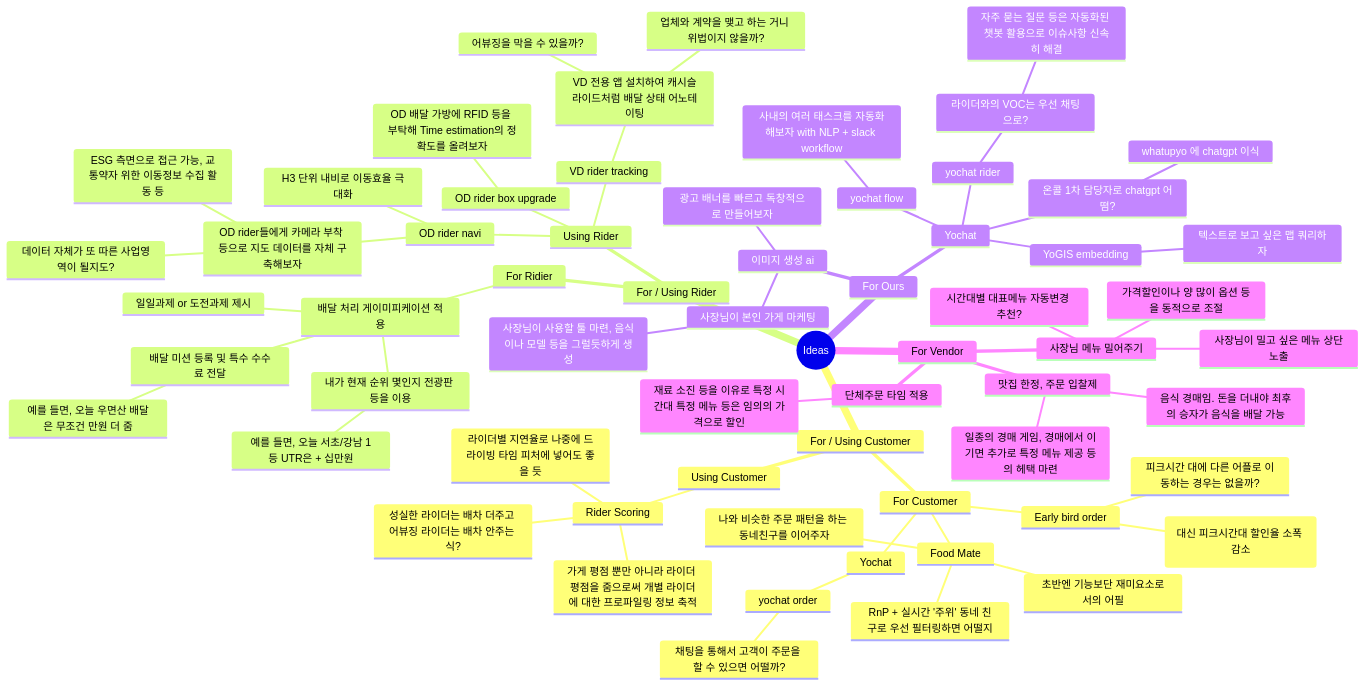
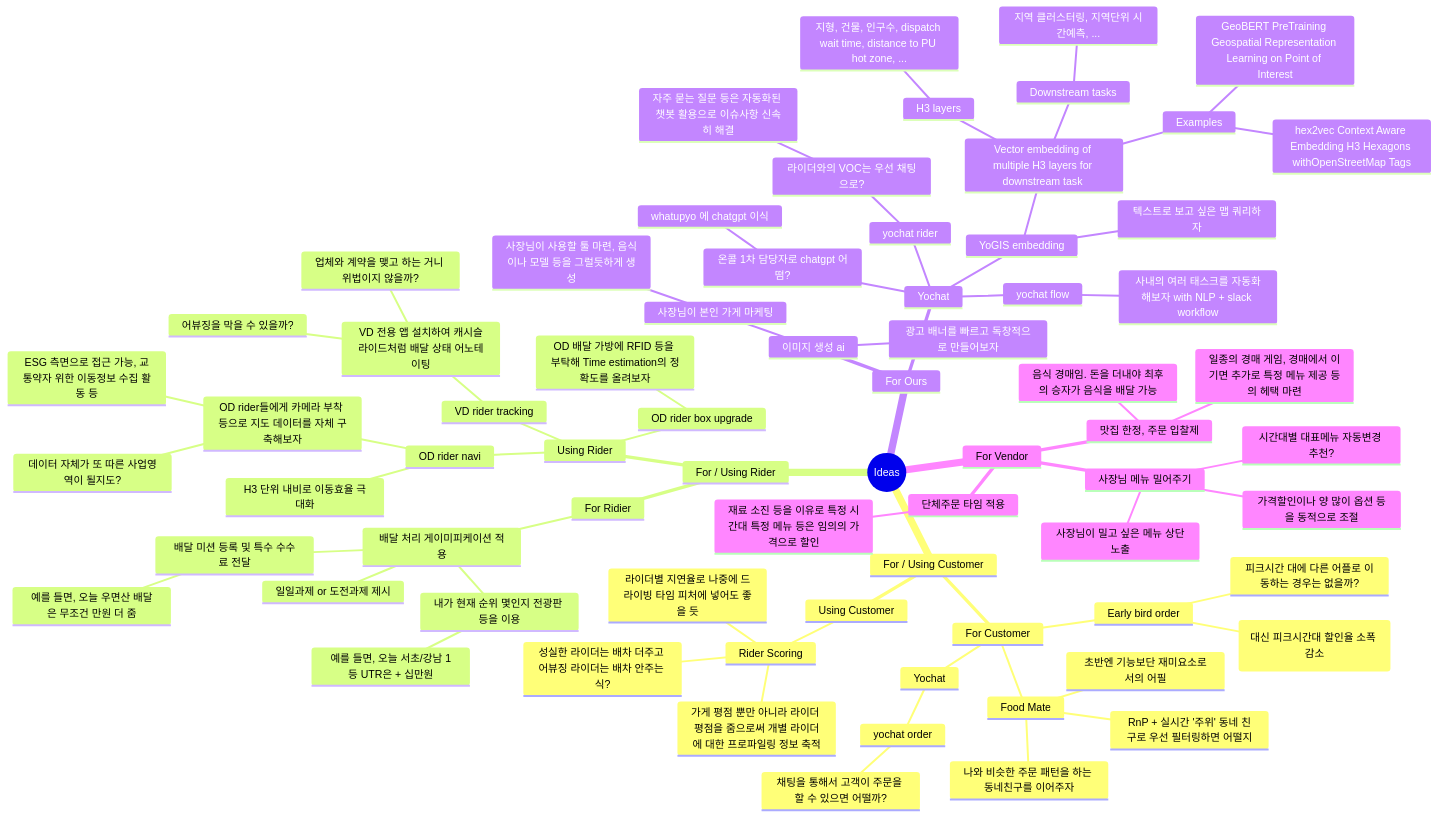
Before and after one commit to cheehoon-lee/2023-wesang-challenge: the diagram in README.md, drawn with Mermaid.

Commit message:
Update README.md
Add a specific description for YoGIS embedding

````diff
--- a/README.md
+++ b/README.md
@@ -3,78 +3,86 @@
 ```mermaid
 mindmap
   root((Ideas))
     For / Using Customer
       For Customer
         Early bird order
           식사 시간대 초입과 끝즘에 할인율을 더 높여 수요 분산 (대신 피크시간대 할인율 소폭 감소)
           피크시간 대에 다른 어플로 이동하는 경우는 없을까?
         Food Mate
           나와 비슷한 주문 패턴을 하는 동네친구를 이어주자
           초반엔 기능보단 재미요소로서의 어필
           RnP + 실시간 '주위' 동네 친구로 우선 필터링하면 어떨지
         Yochat
           yochat order
             채팅을 통해서 고객이 주문을 할 수 있으면 어떨까?
       Using Customer
         Rider Scoring
           가게 평점 뿐만 아니라 라이더 평점을 줌으로써 개별 라이더에 대한 프로파일링 정보 축적
           성실한 라이더는 배차 더주고 어뷰징 라이더는 배차 안주는 식?
           라이더별 지연율로 나중에 드라이빙 타임 피처에 넣어도 좋을 듯
       
         
     For / Using Rider
       For Ridier
         배달 처리 게이미피케이션 적용
           일일과제 or 도전과제 제시
           내가 현재 순위 몇인지 전광판 등을 이용
             예를 들면, 오늘 서초/강남 1등 UTR은 + 십만원
           배달 미션 등록 및 특수 수수료 전달
             예를 들면, 오늘 우면산 배달은 무조건 만원 더 줌
       Using Rider
         OD rider navi
           H3 단위 내비로 이동효율 극대화
           OD rider들에게 카메라 부착 등으로 지도 데이터를 자체 구축해보자
             데이터 자체가 또 따른 사업영역이 될지도?
             ESG 측면으로 접근 가능, 교통약자 위한 이동정보 수집 활동 등
         OD rider box upgrade
           OD 배달 가방에 RFID 등을 부탁해 Time estimation의 정확도를 올려보자
         VD rider tracking
           VD 전용 앱 설치하여 캐시슬라이드처럼 배달 상태 어노테이팅
             어뷰징을 막을 수 있을까?
             업체와 계약을 맺고 하는 거니 위법이지 않을까?
 
     For Ours
       이미지 생성 ai
         광고 배너를 빠르고 독창적으로 만들어보자
         사장님이 본인 가게 마케팅
           사장님이 사용할 툴 마련, 음식이나 모델 등을 그럴듯하게 생성
       Yochat
         온콜 1차 담당자로 chatgpt 어떰?
           whatupyo 에 chatgpt 이식
         yochat flow
           사내의 여러 태스크를 자동화해보자 with NLP + slack workflow
         yochat rider
           라이더와의 VOC는 우선 채팅으로?
             자주 묻는 질문 등은 자동화된 챗봇 활용으로 이슈사항 신속히 해결
         YoGIS embedding
           텍스트로 보고 싶은 맵 쿼리하자
+          Vector embedding of multiple H3 layers for downstream task 
+            H3 layers
+                지형, 건물, 인구수, dispatch wait time, distance to PU hot zone, ...
+            Downstream tasks 
+                지역 클러스터링, 지역단위 시간예측, ...
+            Examples
+                GeoBERT PreTraining Geospatial Representation Learning on Point of Interest
+                hex2vec Context Aware Embedding H3 Hexagons withOpenStreetMap Tags
 
     For Vendor
       사장님 메뉴 밀어주기
         사장님이 밀고 싶은 메뉴 상단노출
         가격할인이나 양 많이 옵션 등을 동적으로 조절
         시간대별 대표메뉴 자동변경 추천?
       단체주문 타임 적용
         재료 소진 등을 이유로 특정 시간대 특정 메뉴 등은 임의의 가격으로 할인
       맛집 한정, 주문 입찰제
         음식 경매임. 돈을 더내야 최후의 승자가 음식을 배달 가능
         일종의 경매 게임, 경매에서 이기면 추가로 특정 메뉴 제공 등의 헤택 마련
 
         
     
     
       
       
 
 
 ```
````
